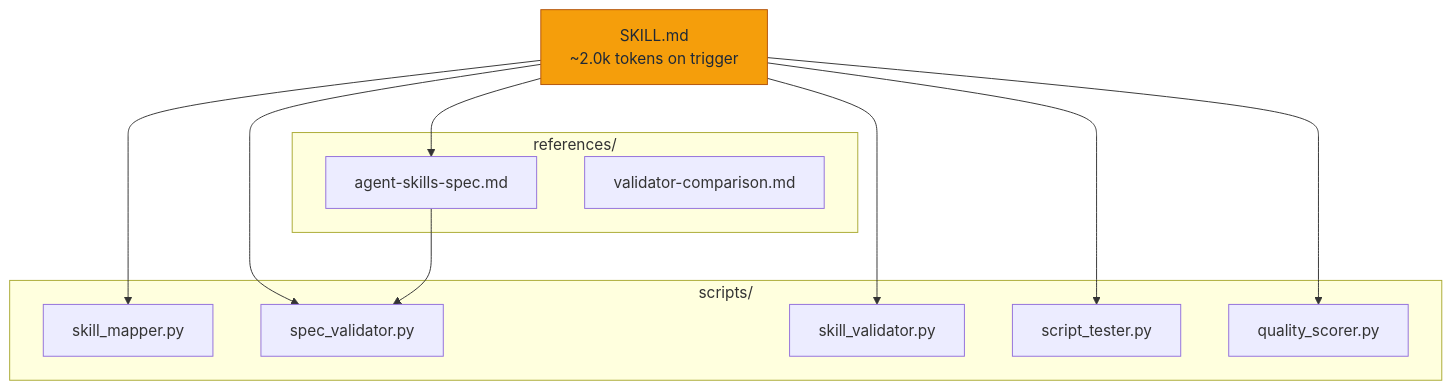
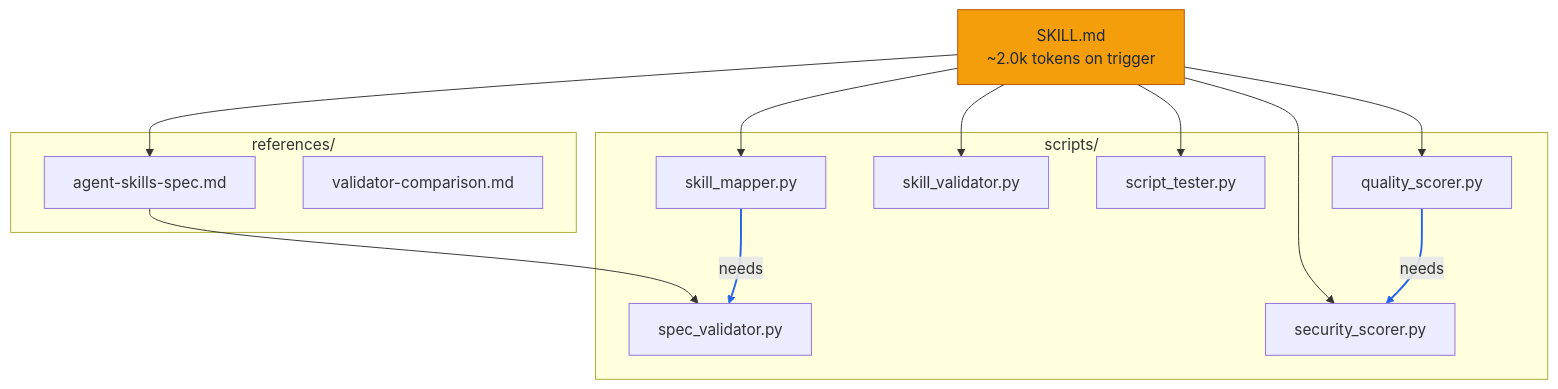
One commit to AlveeeRahman/skill-vision changed the second of 2 diagrams in README.md. Above: the diagram before and after it, drawn with Mermaid. The commit also changed other lines of this file and 2 other files, not shown here.

Commit message:
skill_mapper: draw import edges, not just doc-reference edges
The flowchart only ever showed SKILL.md's doc-reference edges, so a script
importing a sibling to actually run (e.g. skill_mapper.py needing
spec_validator.py) never appeared. Import statements are a literal AST fact,
not a resolved call target, so drawing them doesn't compromise the tool's
accuracy bar the way a function-level call graph would.

script_facts() now extracts imported module names and collect() resolves
them against sibling scripts in the same directory (matching the codebase's
sys.path.insert(0, own-dir) convention), rendered as a distinct thick
`==>|needs|` arrow. README example and tests updated.

````diff
--- a/README.md
+++ b/README.md
@@ -81,24 +81,28 @@
 ```mermaid
 flowchart TD
     SKILL_md["SKILL.md<br/>~2.0k tokens on trigger"]
     subgraph scripts["scripts/"]
         skill_mapper_py["skill_mapper.py"]
         spec_validator_py["spec_validator.py"]
         skill_validator_py["skill_validator.py"]
         script_tester_py["script_tester.py"]
         quality_scorer_py["quality_scorer.py"]
+        security_scorer_py["security_scorer.py"]
     end
     subgraph references["references/"]
         agent_skills_spec_md["agent-skills-spec.md"]
         validator_comparison_md["validator-comparison.md"]
     end
-    SKILL_md --> skill_mapper_py
-    SKILL_md --> spec_validator_py
+    SKILL_md --> agent_skills_spec_md
     SKILL_md --> skill_validator_py
     SKILL_md --> script_tester_py
     SKILL_md --> quality_scorer_py
-    SKILL_md --> agent_skills_spec_md
+    SKILL_md --> security_scorer_py
+    SKILL_md --> skill_mapper_py
     agent_skills_spec_md --> spec_validator_py
+    quality_scorer_py ==>|needs| security_scorer_py
+    skill_mapper_py ==>|needs| spec_validator_py
     classDef entry fill:#f59e0b,stroke:#b45309,color:#1f2937
     class SKILL_md entry
+    linkStyle 7,8 stroke:#2563eb,stroke-width:2px
 ```
````
